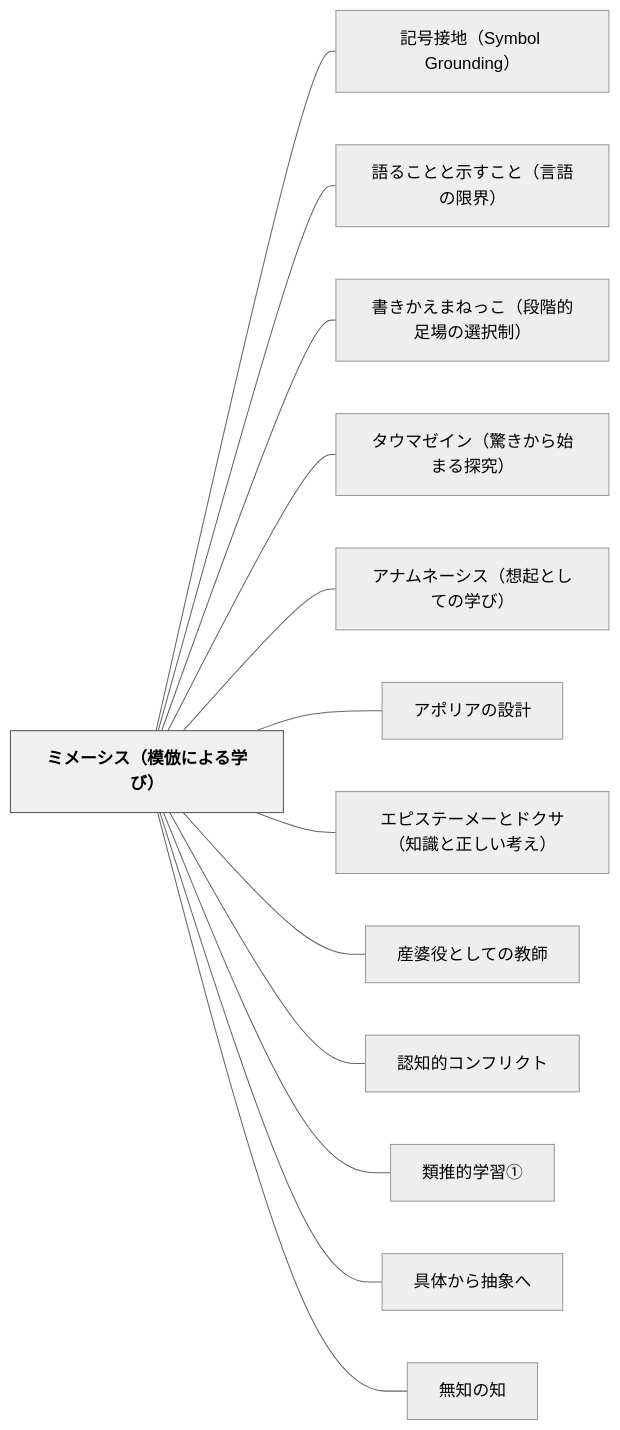
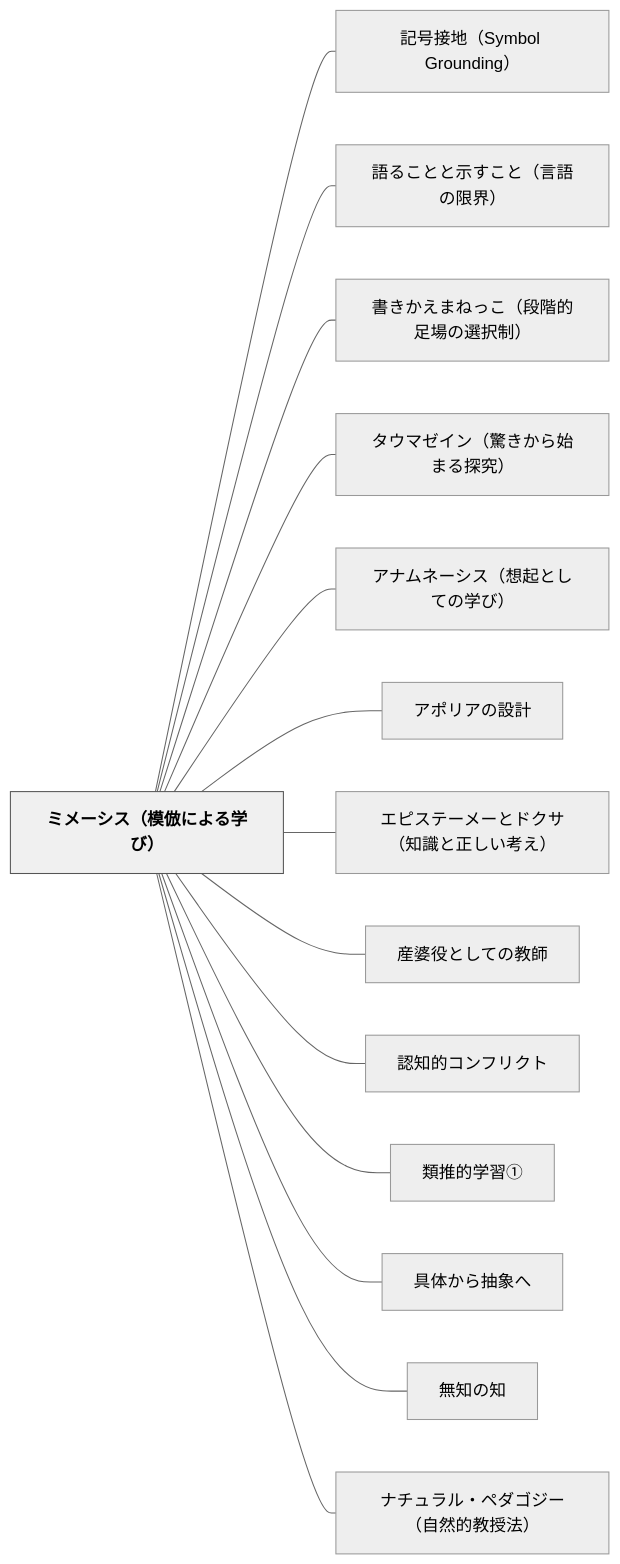
The diagram in content/パタン/ミメーシス（模倣による学び）.md (unknownthings-ed-patterns/unknownthings-ed-patterns), drawn with Mermaid (neutral theme) before and after one commit. The commit also changed other lines of this file and 2 other files, not shown here.

Commit message:
auto: Obsidianから同期 2026-06-21 15:41

````diff
--- a/content/パタン/ミメーシス（模倣による学び）.md
+++ b/content/パタン/ミメーシス（模倣による学び）.md
@@ -280,32 +281,34 @@
 ```mermaid
 flowchart LR
     ne3839fe383a1e383bce382b7e382b9efbc88e6a8a1e580a3e381abe38288e3828be5ada6e381b3efbc89["ミメーシス（模倣による学び）"]
     ne8a898e58fb7e68ea5e59cb0efbc8853796d626f6c2047726f756e64696e67efbc89["記号接地（Symbol Grounding）"]
     ne8aa9ee3828be38193e381a8e381a8e7a4bae38199e38193e381a8efbc88e8a880e8aa9ee381aee99990e7958cefbc89["語ることと示すこと（言語の限界）"]
     ne69bb8e3818de3818be38188e381bee381ade381a3e38193efbc88e6aeb5e99a8ee79a84e8b6b3e5a0b4e381aee981b8e68a9ee588b6efbc89["書きかえまねっこ（段階的足場の選択制）"]
     ne382bfe382a6e3839ee382bce382a4e383b3efbc88e9a99ae3818de3818be38289e5a78be381bee3828be68ea2e7a9b6efbc89["タウマゼイン（驚きから始まる探究）"]
     ne382a2e3838ae383a0e3838de383bce382b7e382b9efbc88e683b3e8b5b7e381a8e38197e381a6e381aee5ada6e381b3efbc89["アナムネーシス（想起としての学び）"]
     ne382a2e3839de383aae382a2e381aee8a8ade8a888["アポリアの設計"]
     ne382a8e38394e382b9e38386e383bce383a1e383bce381a8e38389e382afe382b5efbc88e79fa5e8ad98e381a8e6ada3e38197e38184e88083e38188efbc89["エピステーメーとドクサ（知識と正しい考え）"]
     ne794a3e5a986e5bdb9e381a8e38197e381a6e381aee69599e5b8ab["産婆役としての教師"]
     ne8aa8de79fa5e79a84e382b3e383b3e38395e383aae382afe38388["認知的コンフリクト"]
     ne9a19ee68ea8e79a84e5ada6e7bf92e291a0["類推的学習①"]
     ne585b7e4bd93e3818be38289e68abde8b1a1e381b8["具体から抽象へ"]
     ne784a1e79fa5e381aee79fa5["無知の知"]
+    ne3838ae38381e383a5e383a9e383abe383bbe3839ae38380e382b4e382b8e383bcefbc88e887aae784b6e79a84e69599e68e88e6b395efbc89["ナチュラル・ペダゴジー（自然的教授法）"]
 
     ne3839fe383a1e383bce382b7e382b9efbc88e6a8a1e580a3e381abe38288e3828be5ada6e381b3efbc89 --- ne8a898e58fb7e68ea5e59cb0efbc8853796d626f6c2047726f756e64696e67efbc89
     ne3839fe383a1e383bce382b7e382b9efbc88e6a8a1e580a3e381abe38288e3828be5ada6e381b3efbc89 --- ne8aa9ee3828be38193e381a8e381a8e7a4bae38199e38193e381a8efbc88e8a880e8aa9ee381aee99990e7958cefbc89
     ne3839fe383a1e383bce382b7e382b9efbc88e6a8a1e580a3e381abe38288e3828be5ada6e381b3efbc89 --- ne69bb8e3818de3818be38188e381bee381ade381a3e38193efbc88e6aeb5e99a8ee79a84e8b6b3e5a0b4e381aee981b8e68a9ee588b6efbc89
     ne3839fe383a1e383bce382b7e382b9efbc88e6a8a1e580a3e381abe38288e3828be5ada6e381b3efbc89 --- ne382bfe382a6e3839ee382bce382a4e383b3efbc88e9a99ae3818de3818be38289e5a78be381bee3828be68ea2e7a9b6efbc89
     ne3839fe383a1e383bce382b7e382b9efbc88e6a8a1e580a3e381abe38288e3828be5ada6e381b3efbc89 --- ne382a2e3838ae383a0e3838de383bce382b7e382b9efbc88e683b3e8b5b7e381a8e38197e381a6e381aee5ada6e381b3efbc89
     ne3839fe383a1e383bce382b7e382b9efbc88e6a8a1e580a3e381abe38288e3828be5ada6e381b3efbc89 --- ne382a2e3839de383aae382a2e381aee8a8ade8a888
     ne3839fe383a1e383bce382b7e382b9efbc88e6a8a1e580a3e381abe38288e3828be5ada6e381b3efbc89 --- ne382a8e38394e382b9e38386e383bce383a1e383bce381a8e38389e382afe382b5efbc88e79fa5e8ad98e381a8e6ada3e38197e38184e88083e38188efbc89
     ne3839fe383a1e383bce382b7e382b9efbc88e6a8a1e580a3e381abe38288e3828be5ada6e381b3efbc89 --- ne794a3e5a986e5bdb9e381a8e38197e381a6e381aee69599e5b8ab
     ne3839fe383a1e383bce382b7e382b9efbc88e6a8a1e580a3e381abe38288e3828be5ada6e381b3efbc89 --- ne8aa8de79fa5e79a84e382b3e383b3e38395e383aae382afe38388
     ne3839fe383a1e383bce382b7e382b9efbc88e6a8a1e580a3e381abe38288e3828be5ada6e381b3efbc89 --- ne9a19ee68ea8e79a84e5ada6e7bf92e291a0
     ne3839fe383a1e383bce382b7e382b9efbc88e6a8a1e580a3e381abe38288e3828be5ada6e381b3efbc89 --- ne585b7e4bd93e3818be38289e68abde8b1a1e381b8
     ne3839fe383a1e383bce382b7e382b9efbc88e6a8a1e580a3e381abe38288e3828be5ada6e381b3efbc89 --- ne784a1e79fa5e381aee79fa5
+    ne3839fe383a1e383bce382b7e382b9efbc88e6a8a1e580a3e381abe38288e3828be5ada6e381b3efbc89 --- ne3838ae38381e383a5e383a9e383abe383bbe3839ae38380e382b4e382b8e383bcefbc88e887aae784b6e79a84e69599e68e88e6b395efbc89
 
     classDef hub fill:#f0f0f0,stroke:#555,color:#000,font-weight:bold
     class ne3839fe383a1e383bce382b7e382b9efbc88e6a8a1e580a3e381abe38288e3828be5ada6e381b3efbc89 hub
 ```
````
